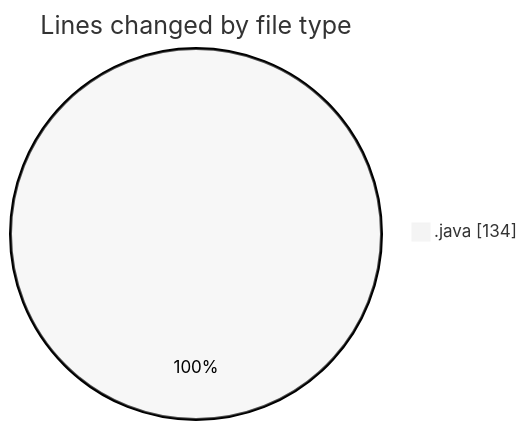
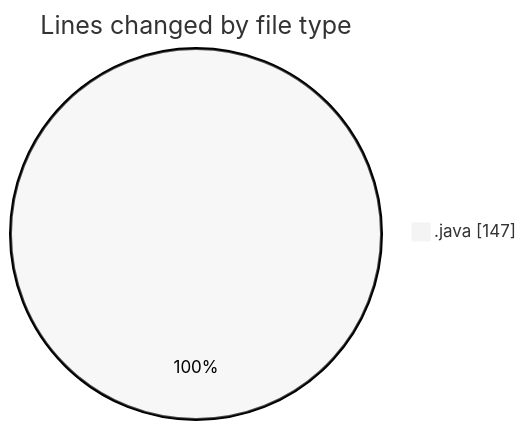
One commit to NitaiMahat/code-tracking changed the first of 2 diagrams in 2025-02-10/classwork/README.md. Above: the diagram before and after it, drawn with Mermaid (neutral theme). The commit also changed other lines of this file and 1 other file, not shown here.

````diff
--- a/2025-02-10/classwork/README.md
+++ b/2025-02-10/classwork/README.md
@@ -25,5 +25,5 @@
 ```mermaid
 pie showData
 title Lines changed by file type
-".java" : 134
+".java" : 147
 ```
````
